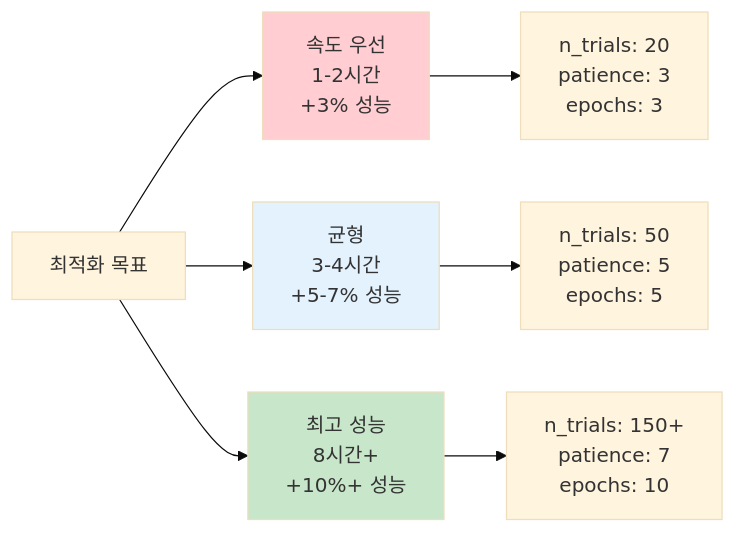
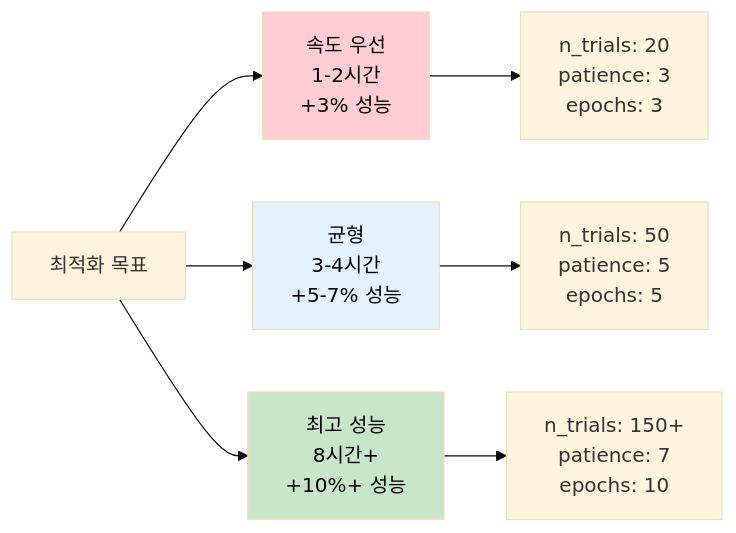
Before and after one commit to nimnusmik/CV_documents_classification_competition: the third of 3 diagrams in docs/configs_폴더_설정 파일_생성/최적화_설정_파일_생성_가이드.md, drawn with Mermaid (base theme). The commit also changed other lines of this file and 11 other files, not shown here.

Commit message:
docs: mermaid 글자 색상 명확한 검정색으로 수정

````diff
--- a/docs/configs_폴더_설정 파일_생성/최적화_설정_파일_생성_가이드.md
+++ b/docs/configs_폴더_설정 파일_생성/최적화_설정_파일_생성_가이드.md
@@ -436,14 +436,14 @@
 ```mermaid
 graph LR
     A[최적화 목표] --> B[속도 우선<br/>1-2시간<br/>+3% 성능]
     A --> C[균형<br/>3-4시간<br/>+5-7% 성능]  
     A --> D[최고 성능<br/>8시간+<br/>+10%+ 성능]
     
     B --> E[n_trials: 20<br/>patience: 3<br/>epochs: 3]
     C --> F[n_trials: 50<br/>patience: 5<br/>epochs: 5]
     D --> G[n_trials: 150+<br/>patience: 7<br/>epochs: 10]
     
-    style B fill:#ffcdd2
-    style C fill:#e3f2fd
-    style D fill:#c8e6c9
+    style B fill:#ffcdd2, color:#000000
+    style C fill:#e3f2fd, color:#000000
+    style D fill:#c8e6c9, color:#000000
 ```
````
